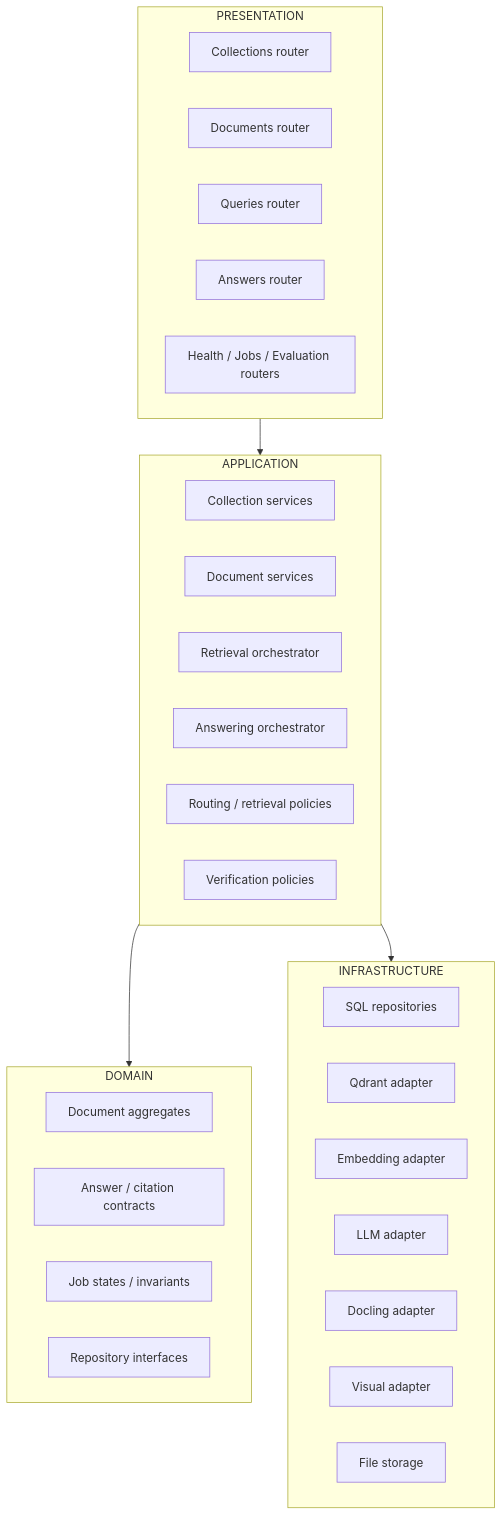
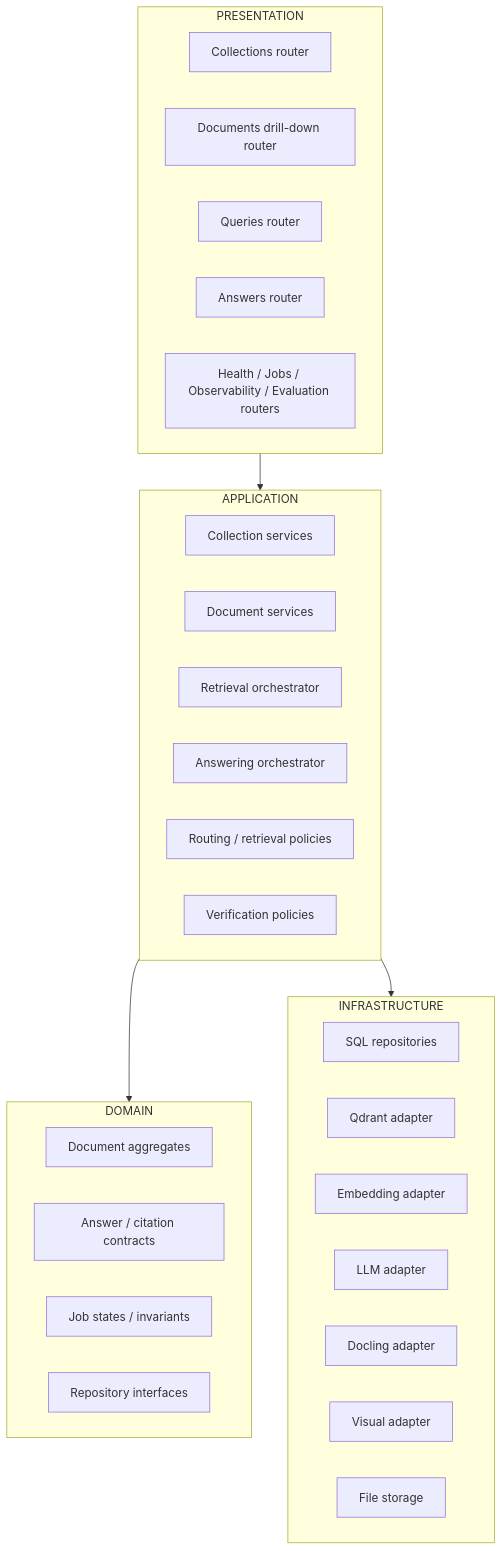
Before and after one commit to marcksdbgg/Atenex_nova: the tenth of 12 diagrams in docs/atenex_rag_audit_diagrams.md, drawn with Mermaid. The commit also changed other lines of this file and 33 other files, not shown here.

````diff
--- a/docs/atenex_rag_audit_diagrams.md
+++ b/docs/atenex_rag_audit_diagrams.md
@@ -385,39 +387,39 @@
 ```mermaid
 flowchart TD
     subgraph PRESENTATION
         R1[Collections router]
-        R2[Documents router]
+        R2[Documents drill-down router]
         R3[Queries router]
         R4[Answers router]
-        R5[Health / Jobs / Evaluation routers]
+        R5[Health / Jobs / Observability / Evaluation routers]
     end
 
     subgraph APPLICATION
         S1[Collection services]
         S2[Document services]
         O1[Retrieval orchestrator]
         O2[Answering orchestrator]
         P1[Routing / retrieval policies]
         P2[Verification policies]
     end
 
     subgraph DOMAIN
         D1[Document aggregates]
         D2[Answer / citation contracts]
         D3[Job states / invariants]
         D4[Repository interfaces]
     end
 
     subgraph INFRASTRUCTURE
         I1[SQL repositories]
         I2[Qdrant adapter]
         I3[Embedding adapter]
         I4[LLM adapter]
         I5[Docling adapter]
         I6[Visual adapter]
         I7[File storage]
     end
 
     PRESENTATION --> APPLICATION --> DOMAIN
     APPLICATION --> INFRASTRUCTURE
 ```
````
